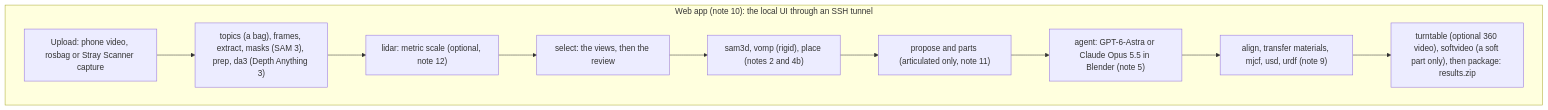
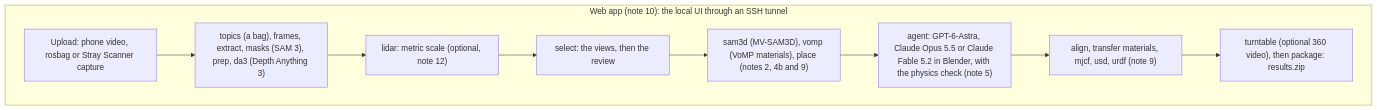
The diagram in docs/build_plan.md (lunarlab-gatech/HARPOR), drawn with Mermaid before and after one commit. The commit also changed other lines of this file and 99 other files, not shown here.

Commit message:
temporary removal of articulation and soft part deformation from the codebase

````diff
--- a/docs/build_plan.md
+++ b/docs/build_plan.md
@@ -71,15 +82,14 @@
 ```mermaid
 flowchart TB
   subgraph WEB["Web app (note 10): the local UI through an SSH tunnel"]
     input["Upload: phone video, rosbag or Stray Scanner capture"]
     analyze["topics (a bag), frames, extract, masks (SAM 3), prep, da3 (Depth Anything 3)"]
     lidar["lidar: metric scale (optional, note 12)"]
     select["select: the views, then the review"]
-    stageA["sam3d, vomp (rigid), place (notes 2 and 4b)"]
-    parts["propose and parts (articulated only, note 11)"]
-    agent["agent: GPT-6-Astra or Claude Opus 5.5 in Blender (note 5)"]
+    stageA["sam3d (MV-SAM3D), vomp (VoMP materials), place (notes 2, 4b and 9)"]
+    agent["agent: GPT-6-Astra, Claude Opus 5.5 or Claude Fable 5.2 in Blender, with the physics check (note 5)"]
     physics["align, transfer materials, mjcf, usd, urdf (note 9)"]
-    package["turntable (optional 360 video), softvideo (a soft part only), then package: results.zip"]
+    package["turntable (optional 360 video), then package: results.zip"]
   end
-  input --> analyze --> lidar --> select --> stageA --> parts --> agent --> physics --> package
+  input --> analyze --> lidar --> select --> stageA --> agent --> physics --> package
 ```
````
